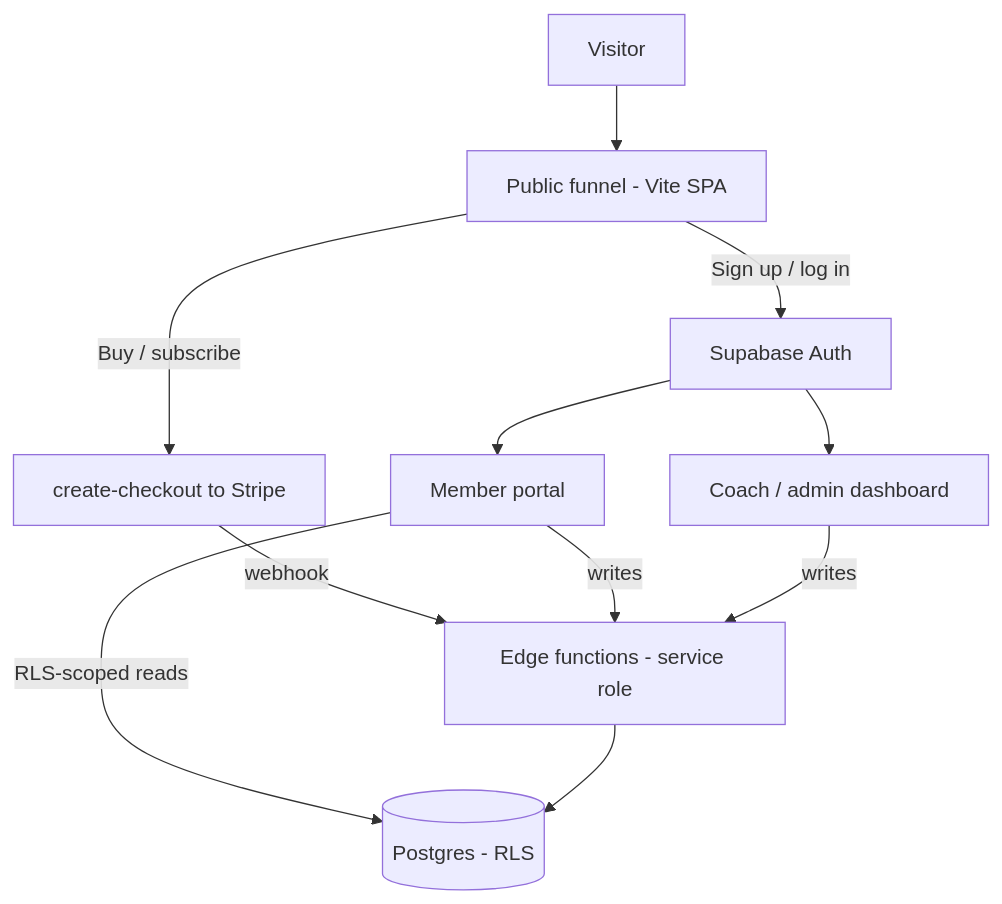
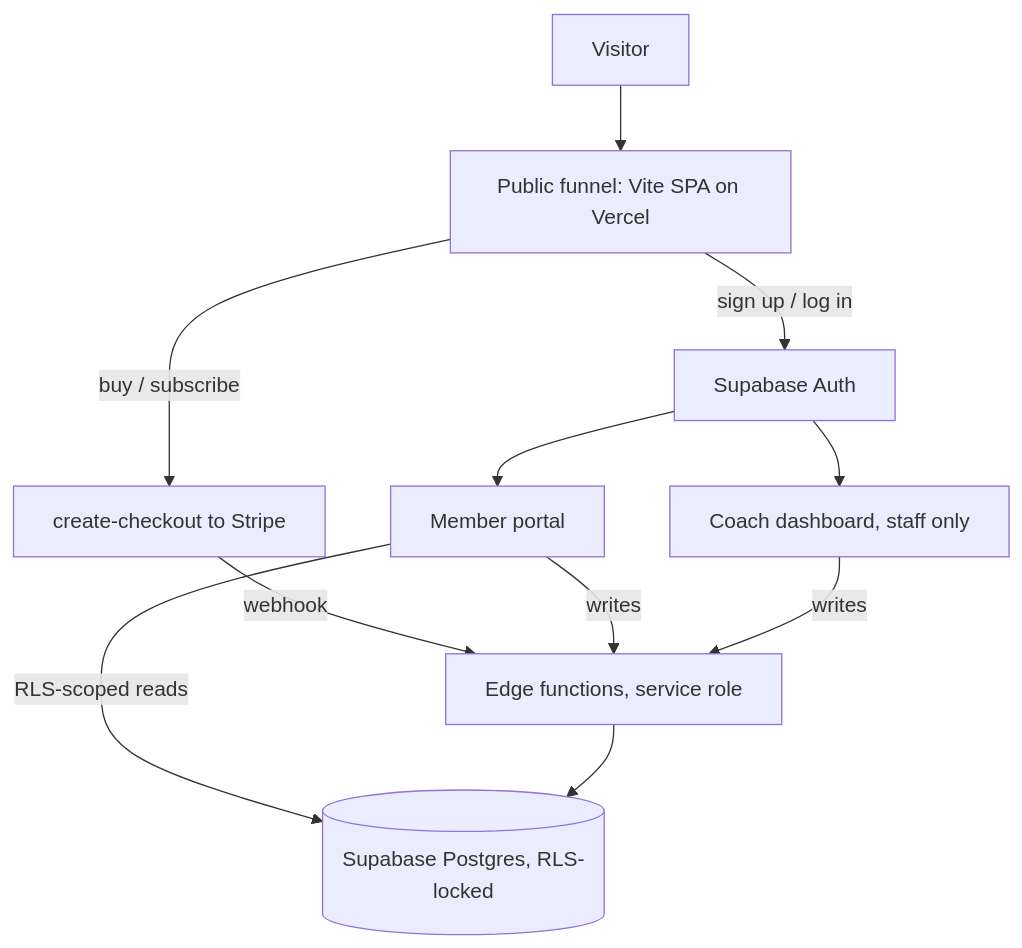
Before and after one commit to TaylorURL/deluxfitbyangie-com: the diagram in README.md, drawn with Mermaid. The commit also changed other lines of this file and 3 other files, not shown here.

````diff
--- a/README.md
+++ b/README.md
@@ -102,13 +96,13 @@
 ```mermaid
 flowchart TD
-  V[Visitor] --> Funnel[Public funnel - Vite SPA]
-  Funnel -->|Buy / subscribe| Checkout[create-checkout to Stripe]
-  Checkout -->|webhook| Fns[Edge functions - service role]
-  Funnel -->|Sign up / log in| Auth[Supabase Auth]
-  Auth --> Portal[Member portal]
-  Auth --> Admin[Coach / admin dashboard]
-  Portal -->|RLS-scoped reads| DB[(Postgres - RLS)]
-  Portal -->|writes| Fns
-  Admin -->|writes| Fns
-  Fns --> DB
+    V["Visitor"] --> Funnel["Public funnel: Vite SPA on Vercel"]
+    Funnel -->|"buy / subscribe"| CO["create-checkout to Stripe"]
+    CO -->|"webhook"| Fns["Edge functions, service role"]
+    Funnel -->|"sign up / log in"| Auth["Supabase Auth"]
+    Auth --> Portal["Member portal"]
+    Auth --> Admin["Coach dashboard, staff only"]
+    Portal -->|"RLS-scoped reads"| DB[("Supabase Postgres, RLS-locked")]
+    Portal -->|"writes"| Fns
+    Admin -->|"writes"| Fns
+    Fns --> DB
 ```
````
